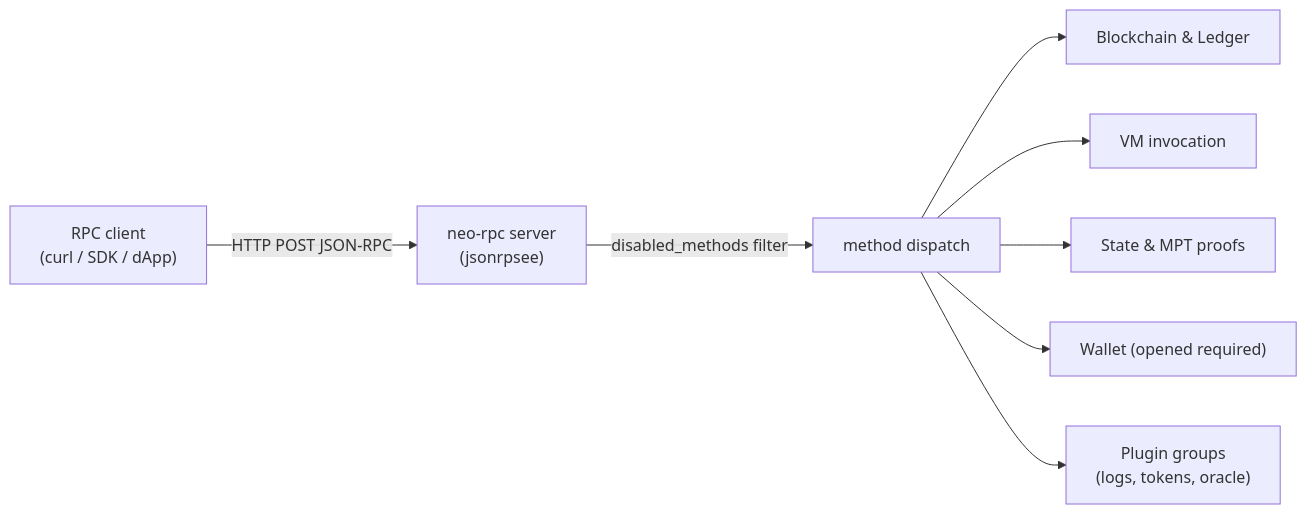
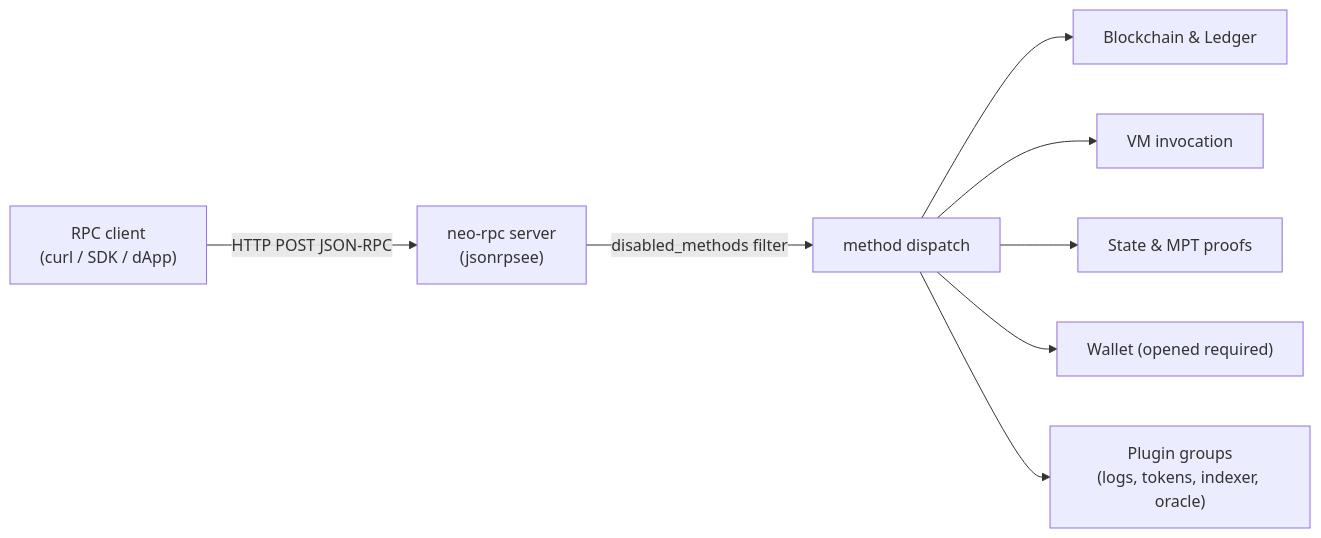
The diagram in docs/rpc-api.md (r3e-network/neo-rs), drawn with Mermaid before and after one commit. The commit also changed other lines of this file and 19 other files, not shown here.

````diff
--- a/docs/rpc-api.md
+++ b/docs/rpc-api.md
@@ -13,10 +13,10 @@
 ```mermaid
 flowchart LR
   Client["RPC client<br/>(curl / SDK / dApp)"] -->|HTTP POST JSON-RPC| Server["neo-rpc server<br/>(jsonrpsee)"]
   Server -->|disabled_methods filter| Dispatch["method dispatch"]
   Dispatch --> Blockchain["Blockchain &amp; Ledger"]
   Dispatch --> Contract["VM invocation"]
   Dispatch --> State["State &amp; MPT proofs"]
   Dispatch --> Wallet["Wallet (opened required)"]
-  Dispatch --> Plugins["Plugin groups<br/>(logs, tokens, oracle)"]
+  Dispatch --> Plugins["Plugin groups<br/>(logs, tokens, indexer, oracle)"]
 ```
````
